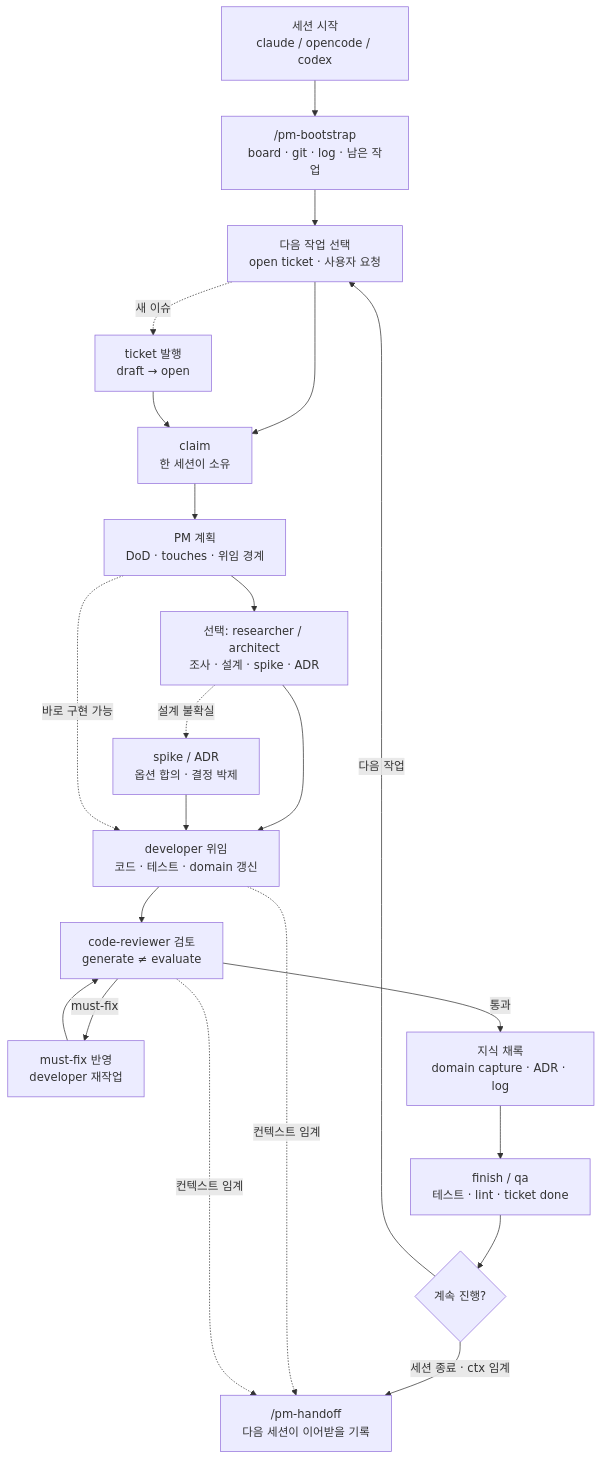
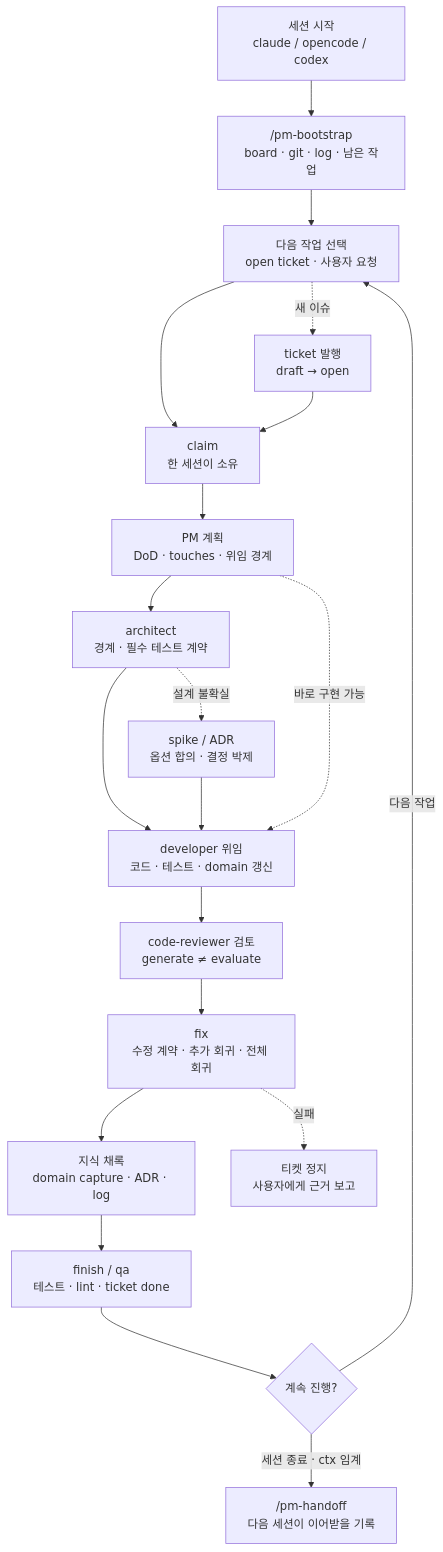
One commit to sumin-ahn/project_manager changed the third of 12 diagrams in README.md. Above: the diagram before and after it, drawn with Mermaid. The commit also changed other lines of this file and 98 other files, not shown here.

````diff
--- a/README.md
+++ b/README.md
@@ -146,29 +146,27 @@
 ```mermaid
 flowchart TB
     Start["세션 시작<br/>claude / opencode / codex"]
     Boot["/pm-bootstrap<br/>board · git · log · 남은 작업"]
     Pick["다음 작업 선택<br/>open ticket · 사용자 요청"]
     Claim["claim<br/>한 세션이 소유"]
     Plan["PM 계획<br/>DoD · touches · 위임 경계"]
-    Research["선택: researcher / architect<br/>조사 · 설계 · spike · ADR"]
+    Research["architect<br/>경계 · 필수 테스트 계약"]
     Dev["developer 위임<br/>코드 · 테스트 · domain 갱신"]
     Review["code-reviewer 검토<br/>generate ≠ evaluate"]
-    Fix["must-fix 반영<br/>developer 재작업"]
+    Fix["fix<br/>수정 계약 · 추가 회귀 · 전체 회귀"]
     Capture["지식 채록<br/>domain capture · ADR · log"]
     Finish["finish / qa<br/>테스트 · lint · ticket done"]
     Continue{"계속 진행?"}
     Handoff["/pm-handoff<br/>다음 세션이 이어받을 기록"]
 
     Start --> Boot --> Pick --> Claim --> Plan --> Research --> Dev --> Review
-    Review -->|통과| Capture --> Finish --> Continue
+    Review --> Fix --> Capture --> Finish --> Continue
     Continue -->|다음 작업| Pick
     Continue -->|세션 종료 · ctx 임계| Handoff
-    Review -->|must-fix| Fix --> Review
     Pick -. 새 이슈 .-> New["ticket 발행<br/>draft → open"]
     New --> Claim
     Research -. 설계 불확실 .-> Spike["spike / ADR<br/>옵션 합의 · 결정 박제"]
     Spike --> Dev
     Plan -. 바로 구현 가능 .-> Dev
-    Dev -. 컨텍스트 임계 .-> Handoff
-    Review -. 컨텍스트 임계 .-> Handoff
+    Fix -. 실패 .-> Stop["티켓 정지<br/>사용자에게 근거 보고"]
 ```
````
